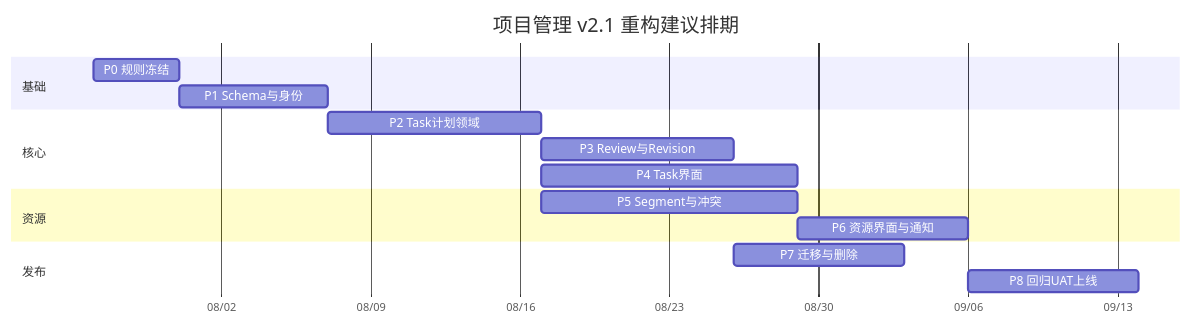
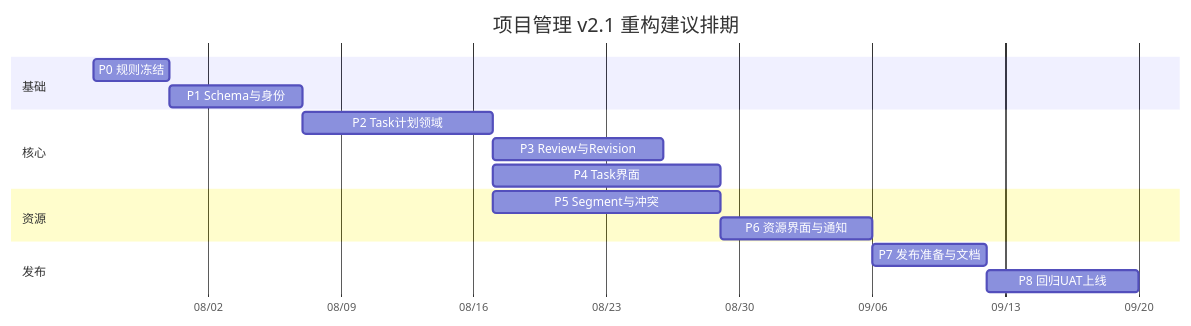
One commit to CosmosMount/management_system changed the diagram in docs/plan/11-实施阶段与团队分工.md. Above: the diagram before and after it, drawn with Mermaid. The commit also changed other lines of this file and 27 other files, not shown here.

````diff
--- a/docs/plan/11-实施阶段与团队分工.md
+++ b/docs/plan/11-实施阶段与团队分工.md
@@ -41,19 +40,19 @@
 ```mermaid
 gantt
   title 项目管理 v2.1 重构建议排期
   dateFormat  YYYY-MM-DD
   axisFormat  %m/%d
   section 基础
   P0 规则冻结           :p0, 2026-07-27, 4d
   P1 Schema与身份       :p1, after p0, 7d
   section 核心
   P2 Task计划领域       :p2, after p1, 10d
   P3 Review与Revision   :p3, after p2, 9d
   P4 Task界面           :p4, after p2, 12d
   section 资源
   P5 Segment与冲突      :p5, after p2, 12d
   P6 资源界面与通知     :p6, after p5, 8d
   section 发布
-  P7 迁移与删除         :p7, after p3, 8d
-  P8 回归UAT上线        :p8, after p6, 8d
+  P7 发布准备与文档     :p7, after p6, 6d
+  P8 回归UAT上线        :p8, after p7, 8d
 ```
````
